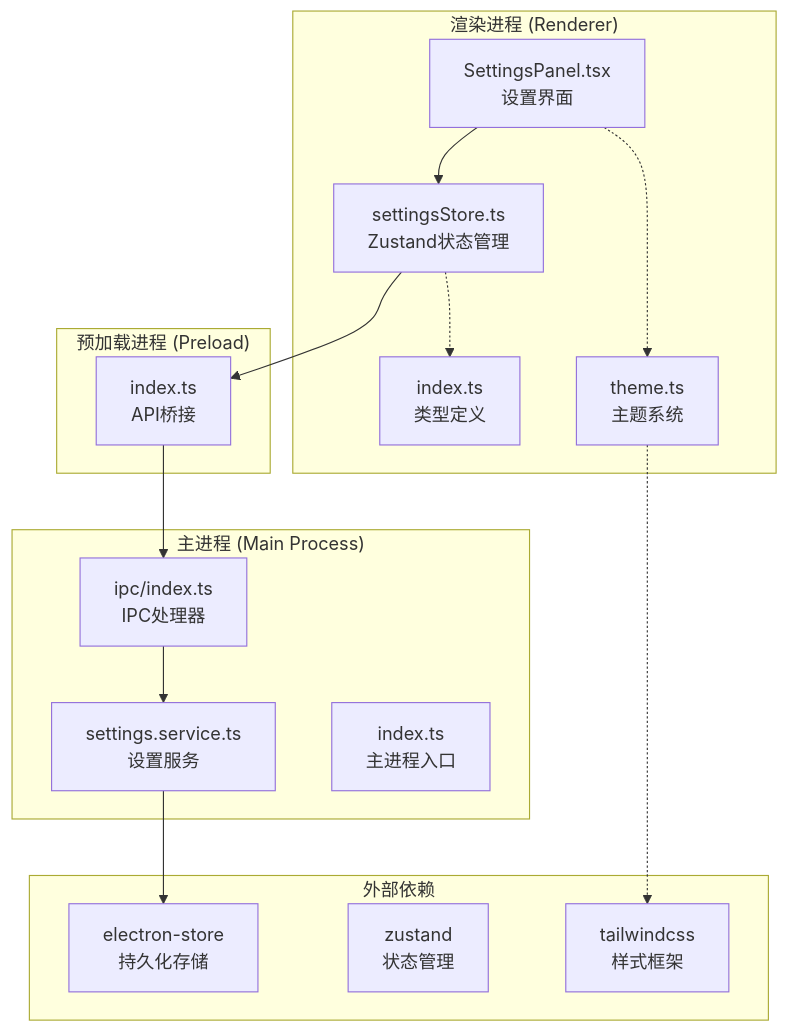
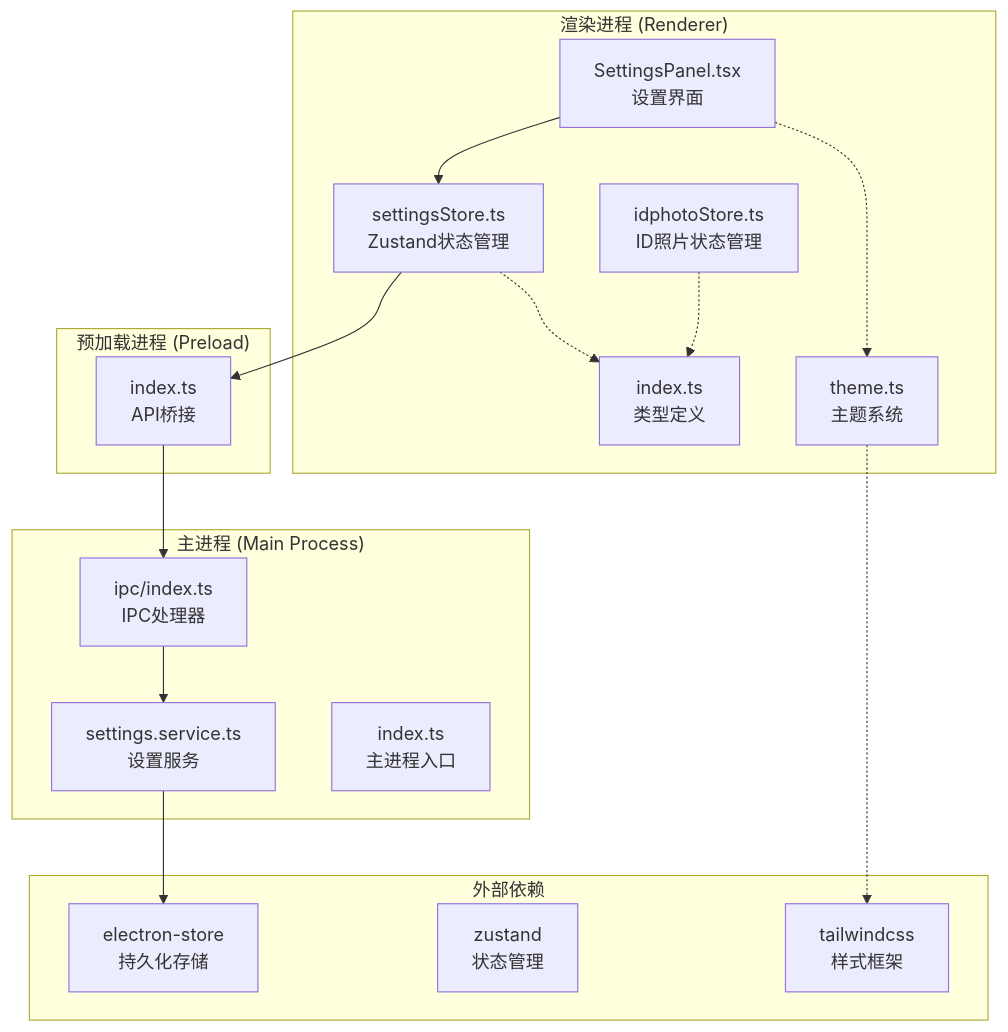
Before and after one commit to remgasuki/ReDoPhoto: the first of 10 diagrams in .qoder/repowiki/zh/content/核心服务模块/设置管理服务.md, drawn with Mermaid. The commit also changed other lines of this file and 31 other files, not shown here.

Commit message:
v2.2.0: 证件照功能全面升级 - AI抠图/海量模板/美颜/压缩/排版

````diff
--- a/.qoder/repowiki/zh/content/核心服务模块/设置管理服务.md
+++ b/.qoder/repowiki/zh/content/核心服务模块/设置管理服务.md
@@ -55,30 +58,32 @@
 ```mermaid
 graph TB
 subgraph "主进程 (Main Process)"
 MS[settings.service.ts<br/>设置服务]
 IPC[ipc/index.ts<br/>IPC处理器]
 MAIN[index.ts<br/>主进程入口]
 end
 subgraph "预加载进程 (Preload)"
 PRE[index.ts<br/>API桥接]
 end
 subgraph "渲染进程 (Renderer)"
 STORE[settingsStore.ts<br/>Zustand状态管理]
 UI[SettingsPanel.tsx<br/>设置界面]
 TYPES[index.ts<br/>类型定义]
 THEME[theme.ts<br/>主题系统]
+IDSTORE[idphotoStore.ts<br/>ID照片状态管理]
 end
 subgraph "外部依赖"
 ES[electron-store<br/>持久化存储]
 ZU[zustand<br/>状态管理]
 TAILWIND[tailwindcss<br/>样式框架]
 end
 UI --> STORE
 STORE --> PRE
 PRE --> IPC
 IPC --> MS
 MS --> ES
 STORE -.-> TYPES
 UI -.-> THEME
 THEME -.-> TAILWIND
+IDSTORE -.-> TYPES
 ```
````
